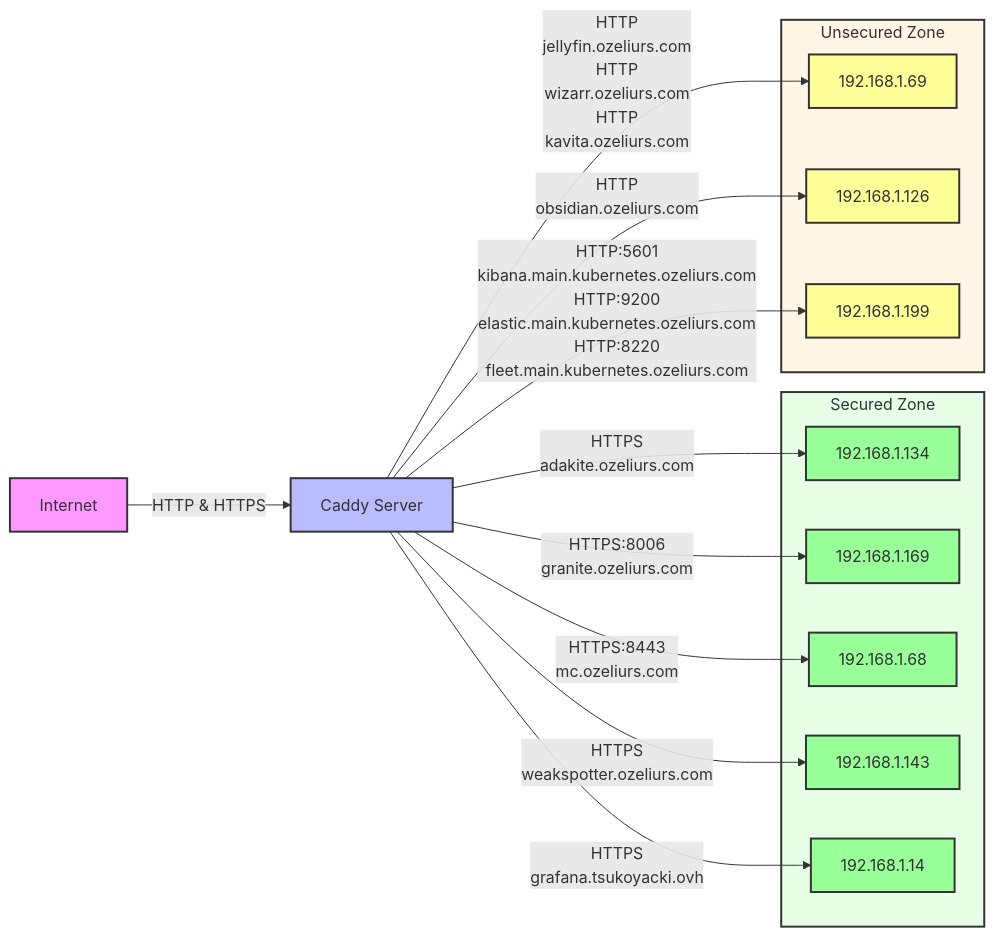
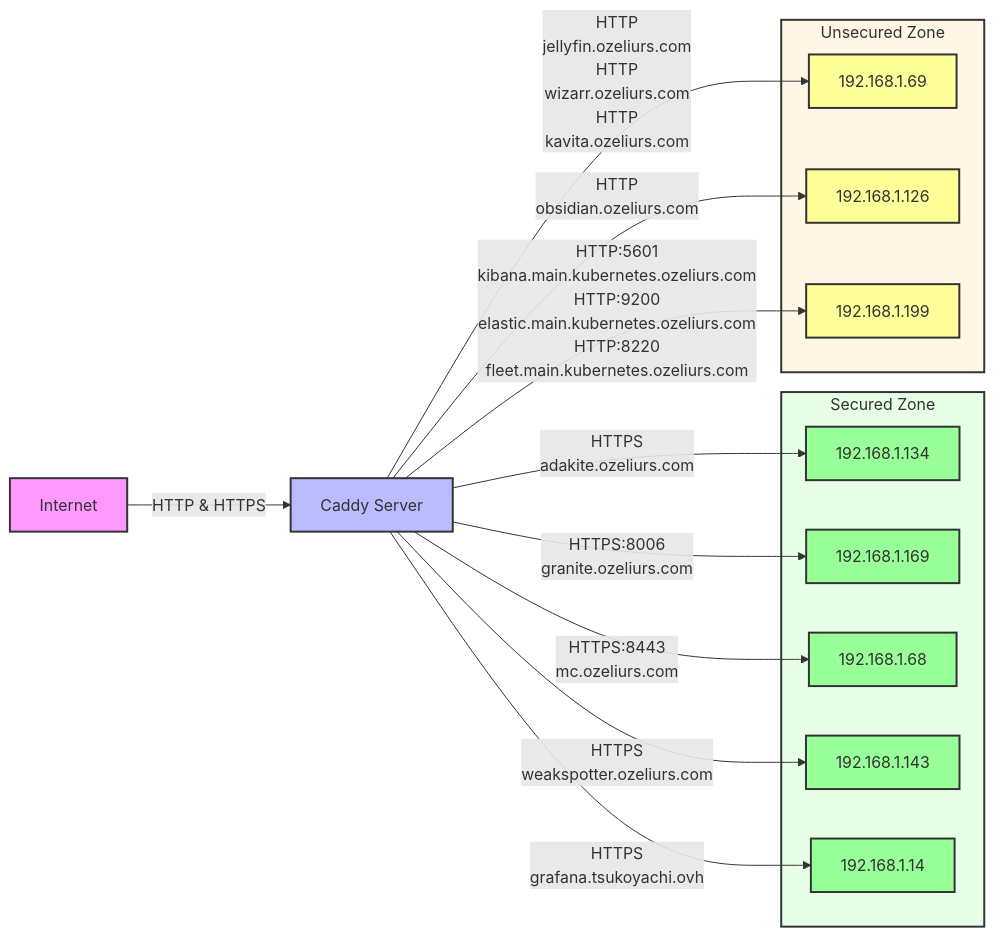
Before and after one commit to ozeliurs/dc-reverse-proxy-config: the diagram in README.md, drawn with Mermaid. The commit also changed 1 other file, not shown here.

Commit message:
Generate and update Caddyfile, Mermaid diagram, and Dockerfile

````diff
--- a/README.md
+++ b/README.md
@@ -34,54 +34,54 @@
 ```mermaid
 graph LR
     %% Style definitions
     classDef internet fill:#f9f,stroke:#333,stroke-width:2px;
     classDef proxy fill:#bbf,stroke:#333,stroke-width:2px;
     classDef backend fill:#bfb,stroke:#333,stroke-width:2px;
     classDef secure fill:#9f9,stroke:#333,stroke-width:2px;
     classDef unsecure fill:#ff9,stroke:#333,stroke-width:2px;
 
     %% Nodes
     I[Internet]
     C[Caddy Server]
 
     %% Apply styles
     class I internet
     class C proxy
 
     %% Base connections
     I -->|HTTP & HTTPS| C
 
     %% Backend groups
     subgraph Secured[Secured Zone]
         style Secured fill:#e6ffe6,stroke:#333,stroke-width:2px
         S0[192.168.1.134]
         class S0 secure
         S1[192.168.1.169]
         class S1 secure
         S2[192.168.1.68]
         class S2 secure
         S3[192.168.1.143]
         class S3 secure
         S4[192.168.1.14]
         class S4 secure
     end
 
     subgraph Unsecured[Unsecured Zone]
         style Unsecured fill:#fff6e6,stroke:#333,stroke-width:2px
         U0[192.168.1.69]
         class U0 unsecure
         U1[192.168.1.126]
         class U1 unsecure
         U2[192.168.1.199]
         class U2 unsecure
     end
 
     C -->|HTTPS<br>adakite.ozeliurs.com| S0
     C -->|HTTP<br>jellyfin.ozeliurs.com<br>HTTP<br>wizarr.ozeliurs.com<br>HTTP<br>kavita.ozeliurs.com| U0
     C -->|HTTPS:8006<br>granite.ozeliurs.com| S1
     C -->|HTTPS:8443<br>mc.ozeliurs.com| S2
     C -->|HTTP<br>obsidian.ozeliurs.com| U1
     C -->|HTTPS<br>weakspotter.ozeliurs.com| S3
     C -->|HTTP:5601<br>kibana.main.kubernetes.ozeliurs.com<br>HTTP:9200<br>elastic.main.kubernetes.ozeliurs.com<br>HTTP:8220<br>fleet.main.kubernetes.ozeliurs.com| U2
-    C -->|HTTPS<br>grafana.tsukoyacki.ovh| S4
+    C -->|HTTPS<br>grafana.tsukoyachi.ovh| S4
 ```
````
